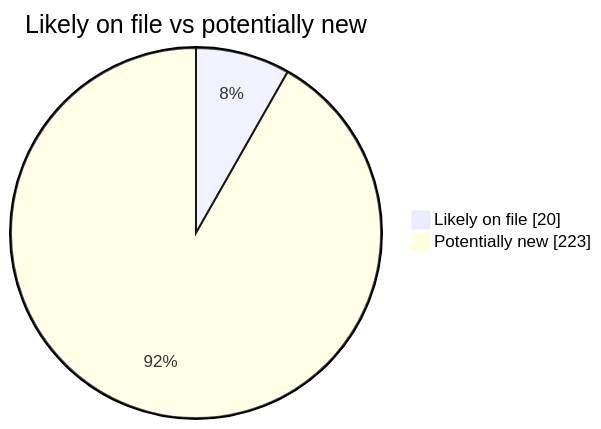
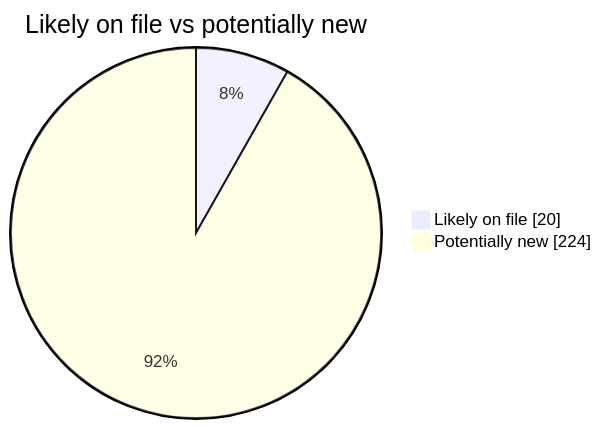
Before and after one commit to martinbalfanz/social-scanner-reports: the second of 4 diagrams in README.md, drawn with Mermaid. The commit also changed other lines of this file and 2 other files, not shown here.

````diff
--- a/README.md
+++ b/README.md
@@ -40,5 +40,5 @@
 ```mermaid
 pie showData title Likely on file vs potentially new
     "Likely on file" : 20
-    "Potentially new" : 223
+    "Potentially new" : 224
 ```
````
